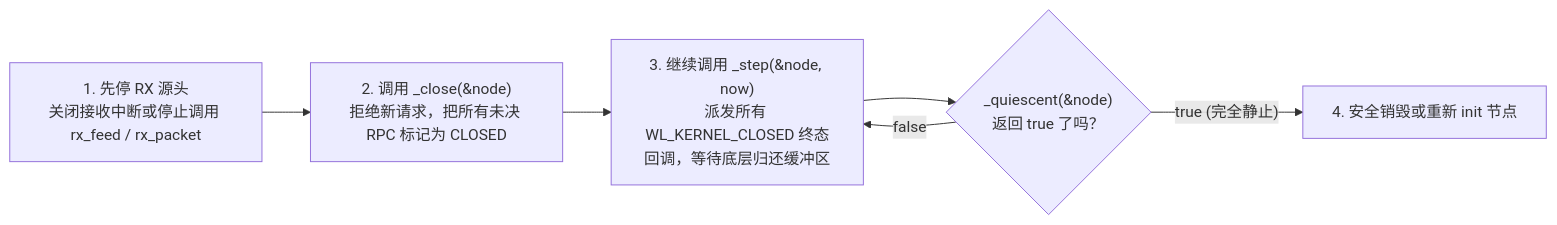
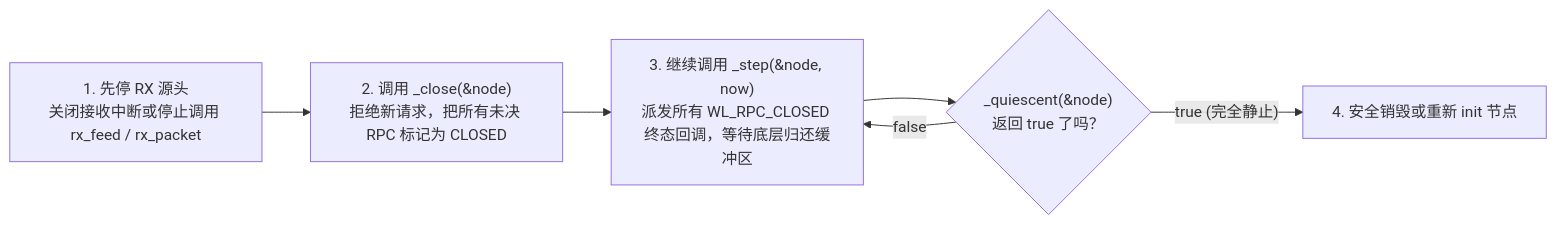
The diagram in site/src/content/docs/zh-cn/learn/06-host-sdk-and-transports.mdx (starwey604/wirelink), drawn with Mermaid before and after one commit. The commit also changed other lines of this file and 256 other files, not shown here.

````diff
--- a/site/src/content/docs/zh-cn/learn/06-host-sdk-and-transports.mdx
+++ b/site/src/content/docs/zh-cn/learn/06-host-sdk-and-transports.mdx
@@ -39,8 +39,8 @@
 ```mermaid
 flowchart LR
   S1["1. 先停 RX 源头<br/>关闭接收中断或停止调用 rx_feed / rx_packet"] --> S2["2. 调用 <node>_close(&node)<br/>拒绝新请求，把所有未决 RPC 标记为 CLOSED"]
-  S2 --> S3["3. 继续调用 <node>_step(&node, now)<br/>派发所有 WL_KERNEL_CLOSED 终态回调，等待底层归还缓冲区"]
+  S2 --> S3["3. 继续调用 <node>_step(&node, now)<br/>派发所有 WL_RPC_CLOSED 终态回调，等待底层归还缓冲区"]
   S3 --> S4{"<node>_quiescent(&node)<br/>返回 true 了吗？"}
   S4 -->|"false"| S3
   S4 -->|"true (完全静止)"| S5["4. 安全销毁或重新 init 节点"]
 ```
````
